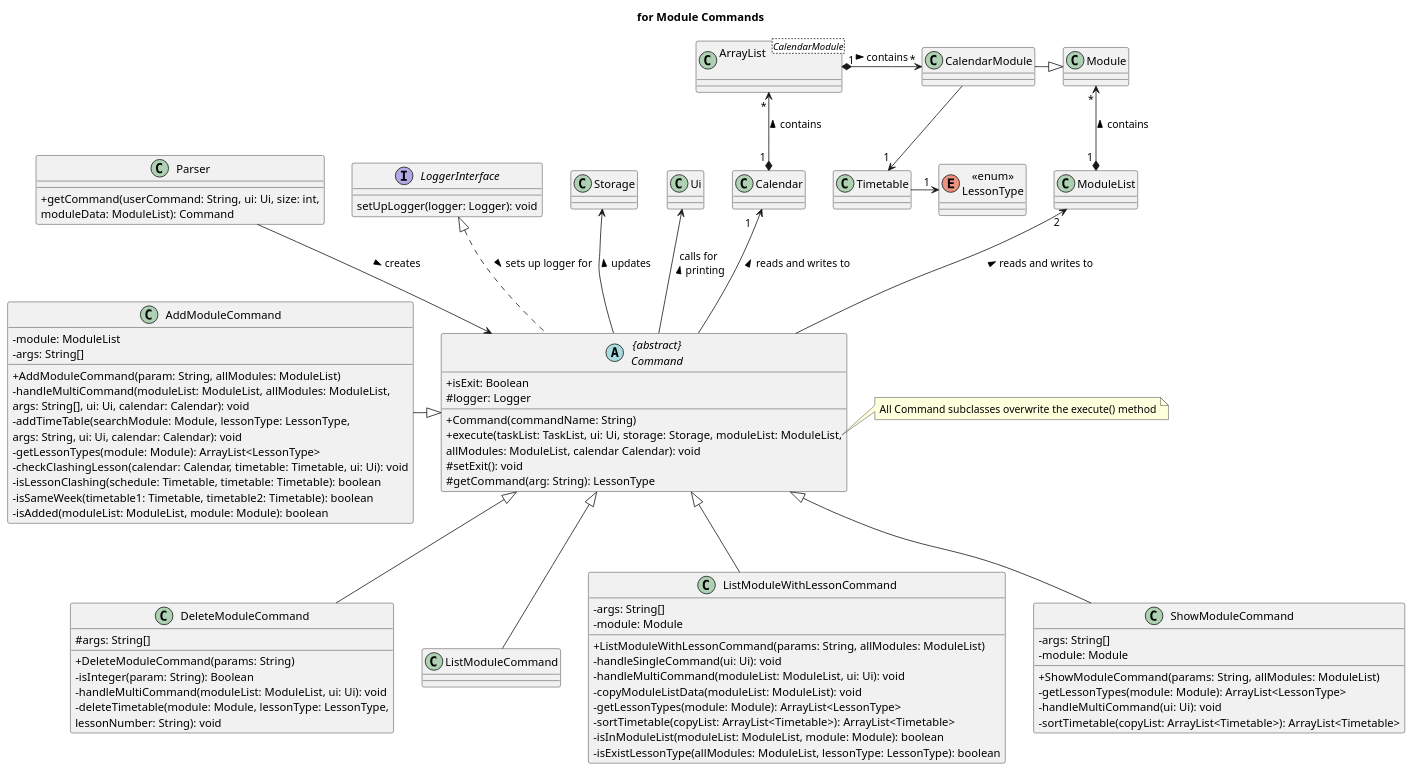
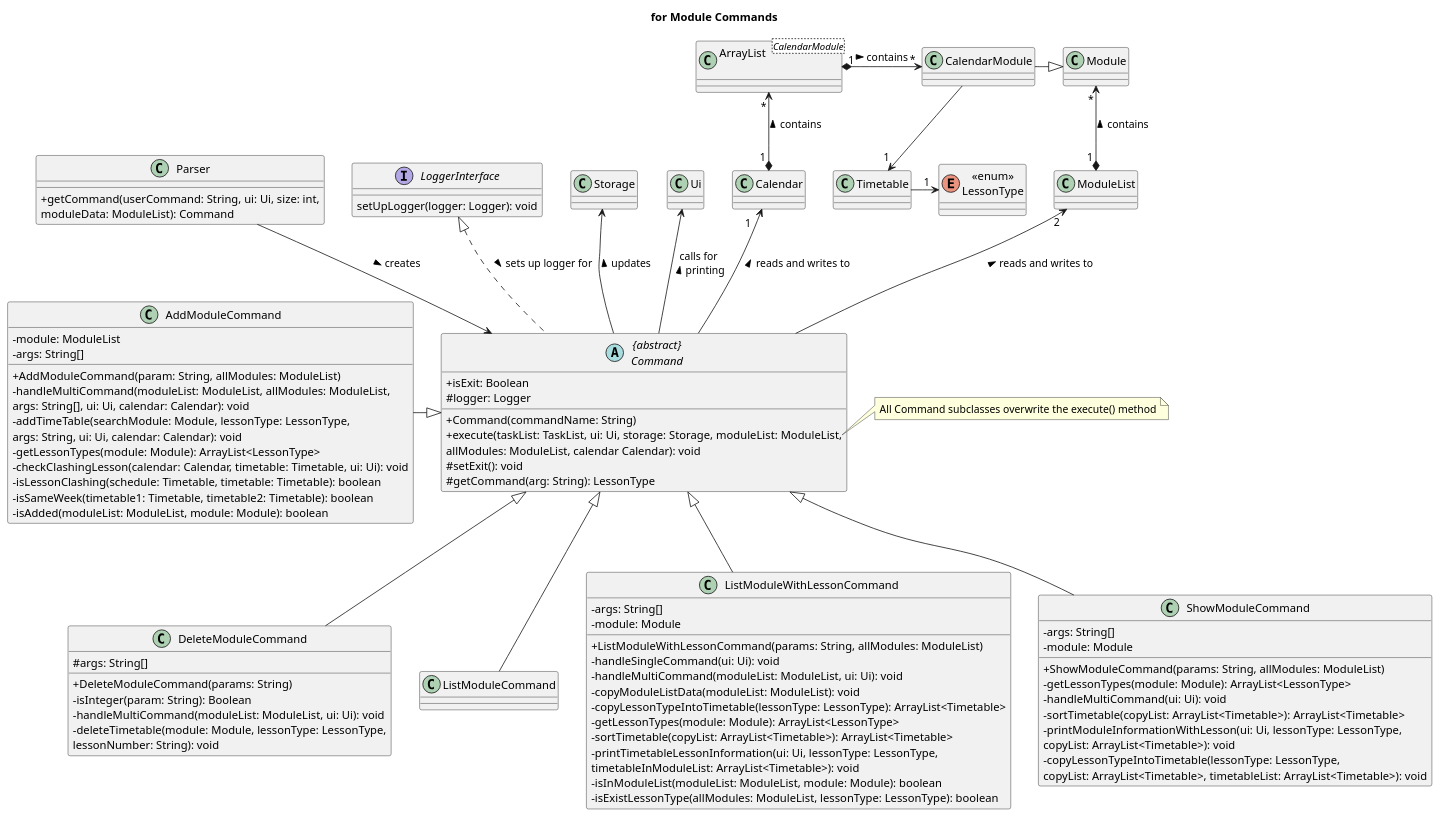
One commit to nus-cs2113-AY2223S2/tp changed the diagram in docs/uml-source/class/Command2.puml. Above: the diagram before and after it, drawn with PlantUML. The commit also changed 1 other file, not shown here.

Commit message:
Update Command diagram

```diff
--- a/docs/uml-source/class/Command2.puml
+++ b/docs/uml-source/class/Command2.puml
@@ -1,100 +1,107 @@
 @startuml
 'https://plantuml.com/class-diagram
 skinparam classAttributeIconSize 0
 
 title for Module Commands
 
 class Parser {
 + getCommand(userCommand: String, ui: Ui, size: int,
 moduleData: ModuleList): Command
 }
 Parser --> Command : creates >
 
 abstract class "{abstract}\nCommand" as Command {
 + isExit: Boolean
 # logger: Logger
 + Command(commandName: String)
 + execute(taskList: TaskList, ui: Ui, storage: Storage, moduleList: ModuleList,
 allModules: ModuleList, calendar Calendar): void
 # setExit(): void
 # getCommand(arg: String): LessonType
 }
 
 interface LoggerInterface {
 setUpLogger(logger: Logger): void
 }
 
 note right of Command::execute
     All Command subclasses overwrite the execute() method
 end note
 LoggerInterface <|.. Command : sets up logger for >
 
 class AddModuleCommand {
 - module: ModuleList
 - args: String[]
 + AddModuleCommand(param: String, allModules: ModuleList)
 - handleMultiCommand(moduleList: ModuleList, allModules: ModuleList,
 args: String[], ui: Ui, calendar: Calendar): void
 - addTimeTable(searchModule: Module, lessonType: LessonType,
 args: String, ui: Ui, calendar: Calendar): void
 - getLessonTypes(module: Module): ArrayList<LessonType>
 - checkClashingLesson(calendar: Calendar, timetable: Timetable, ui: Ui): void
 - isLessonClashing(schedule: Timetable, timetable: Timetable): boolean
 - isSameWeek(timetable1: Timetable, timetable2: Timetable): boolean
 - isAdded(moduleList: ModuleList, module: Module): boolean
 }
 AddModuleCommand -|> Command
 
 class DeleteModuleCommand{
 # args: String[]
 + DeleteModuleCommand(params: String)
 - isInteger(param: String): Boolean
 - handleMultiCommand(moduleList: ModuleList, ui: Ui): void
 - deleteTimetable(module: Module, lessonType: LessonType,
 lessonNumber: String): void
 }
 Command <|-- DeleteModuleCommand
 
 class ListModuleCommand
 Command <|-- ListModuleCommand
 
 class ListModuleWithLessonCommand {
 - args: String[]
 - module: Module
 + ListModuleWithLessonCommand(params: String, allModules: ModuleList)
 - handleSingleCommand(ui: Ui): void
 - handleMultiCommand(moduleList: ModuleList, ui: Ui): void
 - copyModuleListData(moduleList: ModuleList): void
+- copyLessonTypeIntoTimetable(lessonType: LessonType): ArrayList<Timetable>
 - getLessonTypes(module: Module): ArrayList<LessonType>
 - sortTimetable(copyList: ArrayList<Timetable>): ArrayList<Timetable>
+- printTimetableLessonInformation(ui: Ui, lessonType: LessonType,
+timetableInModuleList: ArrayList<Timetable>): void
 - isInModuleList(moduleList: ModuleList, module: Module): boolean
 - isExistLessonType(allModules: ModuleList, lessonType: LessonType): boolean
 }
 Command <|-- ListModuleWithLessonCommand
 
 class ShowModuleCommand {
 - args: String[]
 - module: Module
 + ShowModuleCommand(params: String, allModules: ModuleList)
 - getLessonTypes(module: Module): ArrayList<LessonType>
 - handleMultiCommand(ui: Ui): void
 - sortTimetable(copyList: ArrayList<Timetable>): ArrayList<Timetable>
+- printModuleInformationWithLesson(ui: Ui, lessonType: LessonType,
+copyList: ArrayList<Timetable>): void
+- copyLessonTypeIntoTimetable(lessonType: LessonType,
+copyList: ArrayList<Timetable>, timetableList: ArrayList<Timetable>): void
 }
 Command <|-- ShowModuleCommand
 Storage <-- Command : updates <
 Ui <-- Command : calls for \nprinting <
 
 Calendar "1   " <-- Command : reads and writes to <
 class "ArrayList\n<CalendarModule>" as ALModules
 ALModules "         *" <--* "1 " Calendar : contains <
 ALModules "1" *-> "*" CalendarModule : contains >
 
 ModuleList "2" <-- Command : reads and writes to <
 Module "     *" <--* "1 " ModuleList : contains <
 
 enum "<<enum>>\nLessonType" as LessonType
 CalendarModule -|> Module
 CalendarModule --> "1 " Timetable
 Timetable -> "1 " LessonType
 
 @enduml
```
